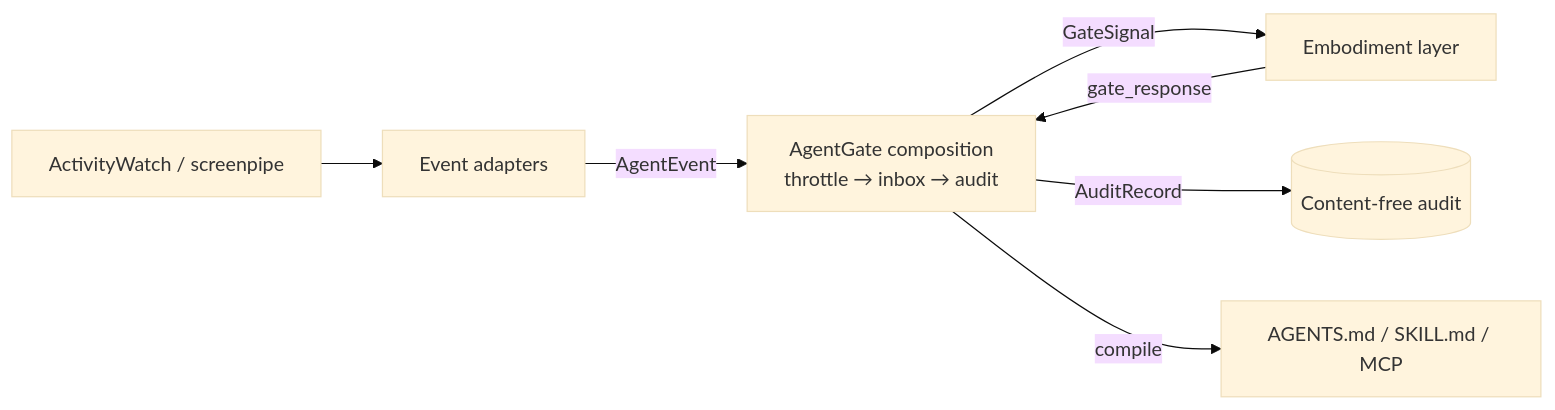
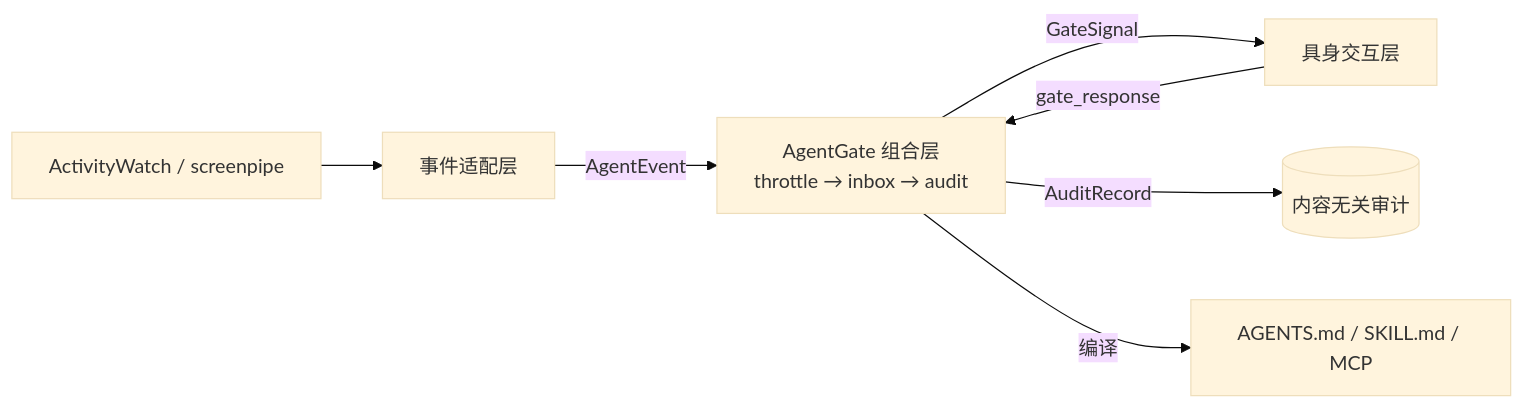
The diagram in README.md (hackmagic/AgentGate), drawn with Mermaid (base theme) before and after one commit. The commit also changed other lines of this file and 45 other files, not shown here.

````diff
--- a/README.md
+++ b/README.md
@@ -9,9 +11,9 @@
 ```mermaid
 flowchart LR
-  AW[ActivityWatch / screenpipe] --> ADAPT[Event adapters]
-  ADAPT -->|AgentEvent| GATE[AgentGate composition<br/>throttle → inbox → audit]
-  GATE -->|GateSignal| EMBODY[Embodiment layer]
-  GATE -->|AuditRecord| AUDIT[(Content-free audit)]
-  EMBODY -->|gate_response| GATE
-  GATE -->|compile| OUT[AGENTS.md / SKILL.md / MCP]
+  AW[ActivityWatch / screenpipe] --> ADAPT[事件适配层]
+  ADAPT -->|AgentEvent| GATE[AgentGate 组合层<br/>throttle → inbox → audit]
+  GATE -->|GateSignal| PET[具身交互层]
+  GATE -->|AuditRecord| AUDIT[(内容无关审计)]
+  PET -->|gate_response| GATE
+  GATE -->|编译| OUT[AGENTS.md / SKILL.md / MCP]
 ```
````
